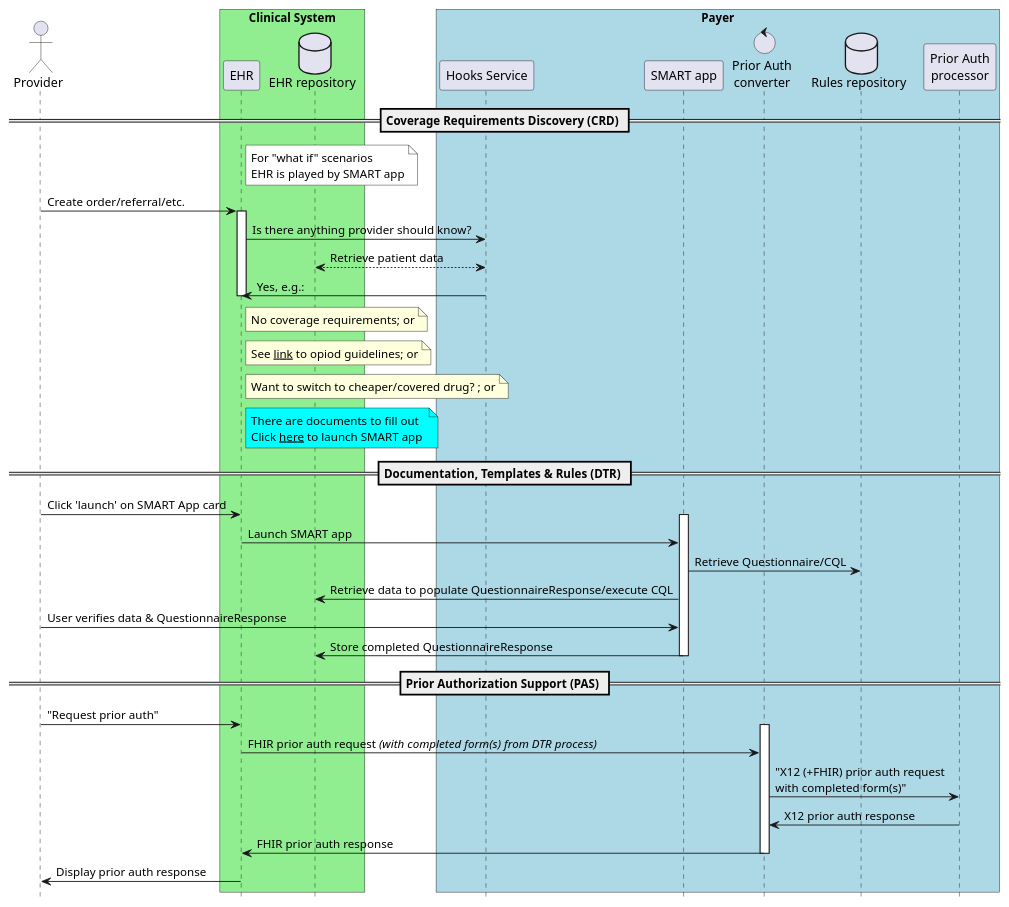
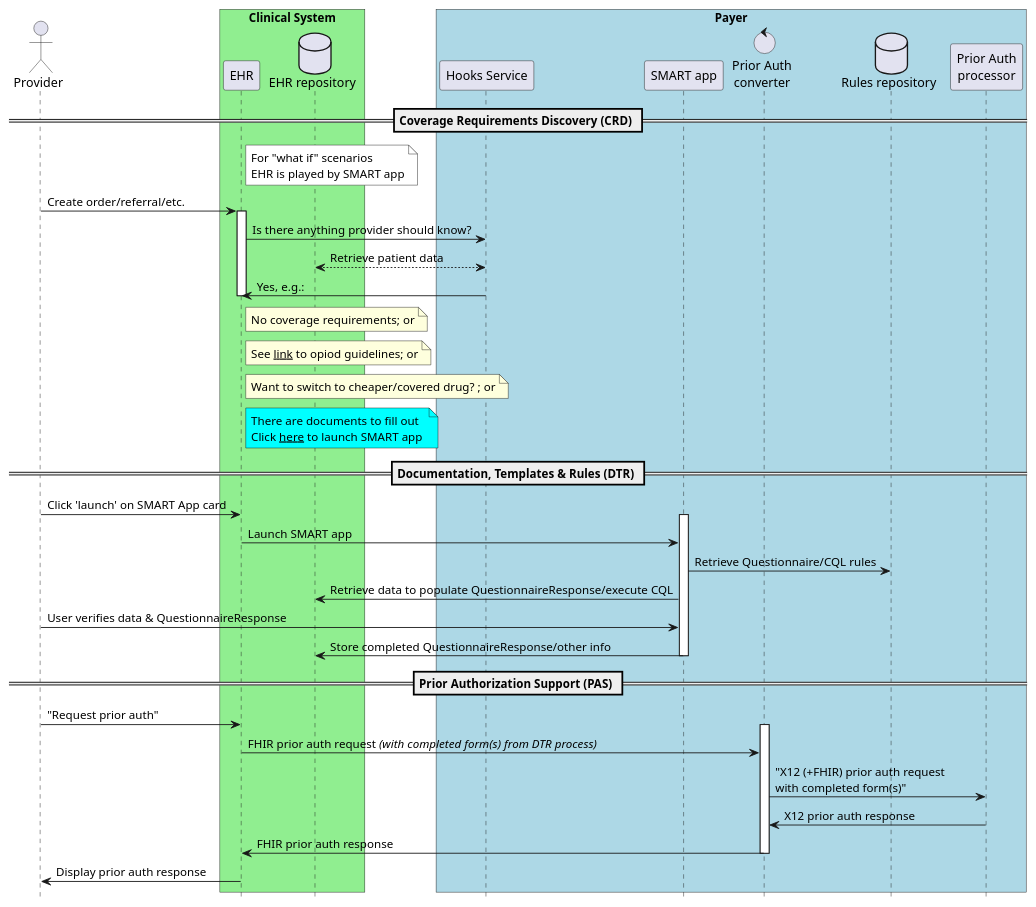
Before and after one commit to HL7/davinci-epdx: the diagram in template/images-source/burdenReduction.plantuml, drawn with PlantUML. The commit also changed 95 other files, not shown here.

```diff
--- a/template/images-source/burdenReduction.plantuml
+++ b/template/images-source/burdenReduction.plantuml
@@ -1,53 +1,53 @@
 @startuml
 hide footbox
 actor "Provider"
 box "Clinical System" #LightGreen
   participant EHR
   database "EHR repository"
 end box
 box "Payer" #LightBlue
   participant "Hooks Service"
   participant "SMART app"
   control converter as "Prior Auth\nconverter"
   database "Rules repository"
   participant processor as "Prior Auth\nprocessor"
 end box
 
 == Coverage Requirements Discovery (CRD) ==
 
 note right of EHR #white
   For "what if" scenarios
   EHR is played by SMART app
 end note
 "Provider" -> "EHR" : Create order/referral/etc.
 Activate EHR
   "EHR" -> "Hooks Service" : Is there anything provider should know?
   "Hooks Service" <--> "EHR repository" : Retrieve patient data
   "EHR" <- "Hooks Service" : Yes, e.g.:
   note right of EHR: No coverage requirements; or
   note right of EHR: See __link__ to opiod guidelines; or
   note right of EHR: Want to switch to cheaper/covered drug? ; or
   note right of EHR #aqua
     There are documents to fill out
     Click __here__ to launch SMART app 
   end note
 Deactivate EHR
 == Documentation, Templates & Rules (DTR) ==
 "Provider" -> "EHR": Click 'launch' on SMART App card
 Activate "SMART app"
   "EHR" -> "SMART app": Launch SMART app
-  "SMART app" -> "Rules repository": Retrieve Questionnaire/CQL
+  "SMART app" -> "Rules repository": Retrieve Questionnaire/CQL rules
   "SMART app" -> "EHR repository": Retrieve data to populate QuestionnaireResponse/execute CQL
   "SMART app" <- "Provider": User verifies data & QuestionnaireResponse
-  "SMART app" -> "EHR repository": Store completed QuestionnaireResponse
+  "SMART app" -> "EHR repository": Store completed QuestionnaireResponse/other info
 Deactivate "SMART app"
 == Prior Authorization Support (PAS) ==
 Provider -> EHR: "Request prior auth"
 Activate converter
   EHR -> converter: FHIR prior auth request //(with completed form(s) from DTR process)//
   converter -> processor: "X12 (+FHIR) prior auth request\nwith completed form(s)"
   processor -> converter: X12 prior auth response
   converter -> EHR: FHIR prior auth response
 Deactivate converter
 EHR -> Provider: Display prior auth response
 @enduml
```
